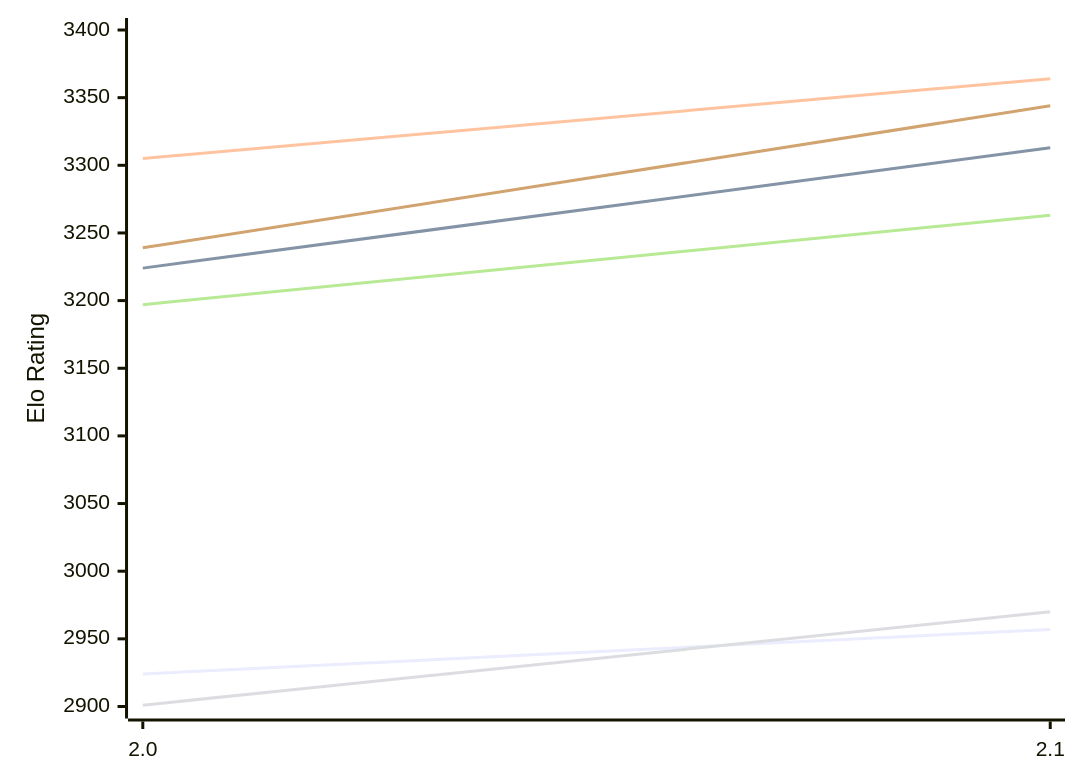
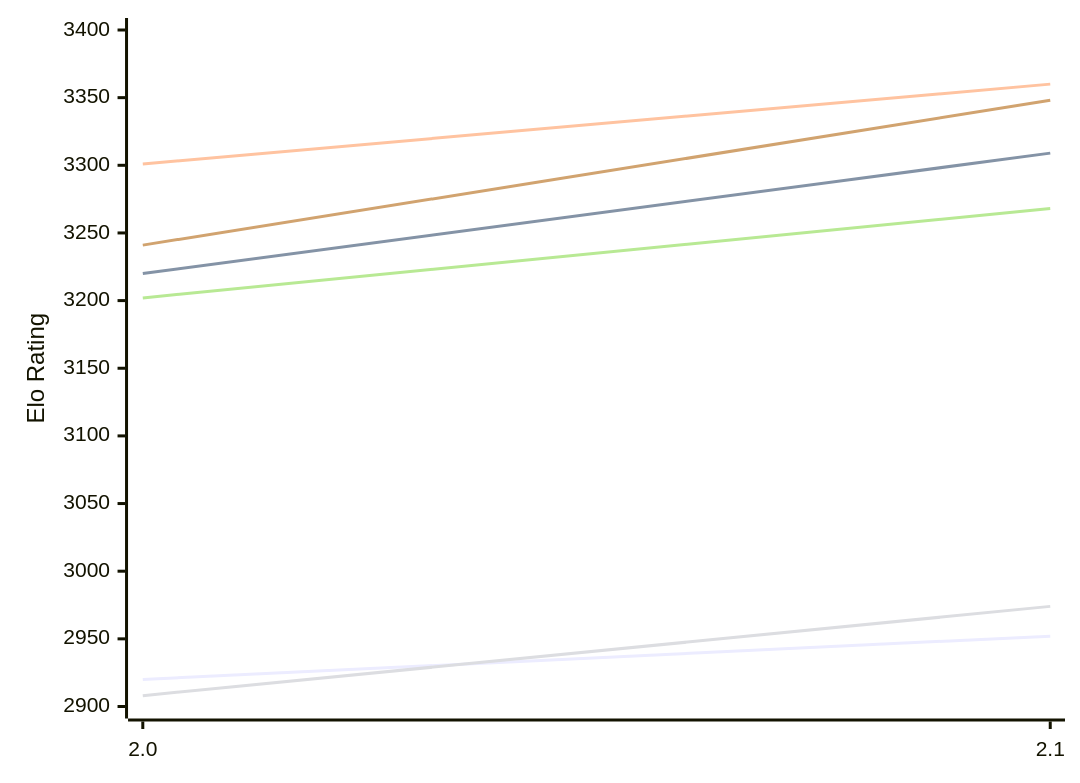
The first of 2 diagrams in engines/Onslaught.md (computer-chess-index/cci), drawn with Mermaid before and after one commit. The commit also changed other lines of this file, not shown here.

Commit message:
Update CCI Ratings (ELO VLTC) - 2026-11-21

````diff
--- a/engines/Onslaught.md
+++ b/engines/Onslaught.md
@@ -50,12 +50,12 @@
 ```mermaid
 %%{init: {"theme":"base","themeVariables":{"seriesColors:['#a3a3a3','#222221','#faa371']}}}%%
 xychart-beta
   x-axis ["2.0", "2.1"]
   y-axis "Elo Rating" 2900 --> 3400
-  line "E1: STC (8.0+0.08s)" [2924, 2957]
-  line "E1: LTC (60.0+0.60s)" [3224, 3313]
-  line "E1: VLTC (2m24s+1.12s)" [3305, 3364]
-  line "P1: STC (8.0+0.08s)" [2901, 2970]
-  line "P1: LTC (60.0+0.60s)" [3197, 3263]
-  line "P1: VLTC (2m24s+1.12s)" [3239, 3344]
+  line "E1: STC (8.0+0.08s)" [2920, 2952]
+  line "E1: LTC (60.0+0.60s)" [3220, 3309]
+  line "E1: VLTC (2m24s+1.12s)" [3301, 3360]
+  line "P1: STC (8.0+0.08s)" [2908, 2974]
+  line "P1: LTC (60.0+0.60s)" [3202, 3268]
+  line "P1: VLTC (2m24s+1.12s)" [3241, 3348]
 ```
````
